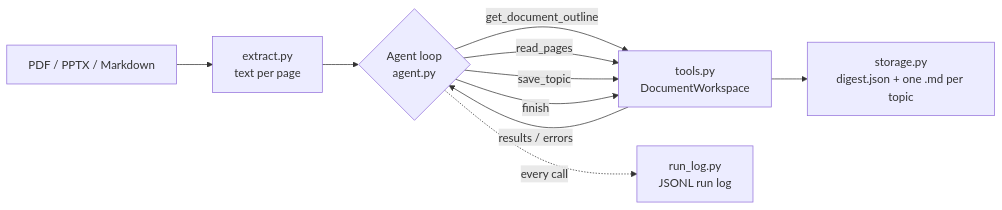
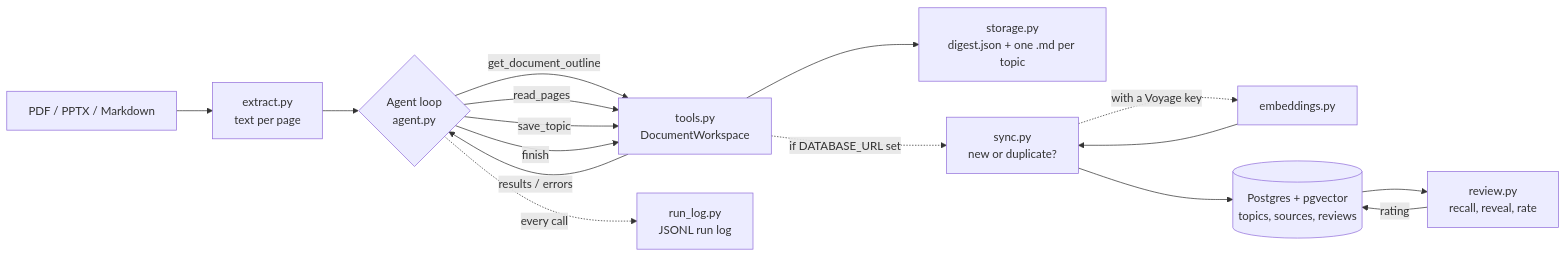
Before and after one commit to Coral-ctrl/retrieve-agent: the diagram in README.md, drawn with Mermaid. The commit also changed other lines of this file and 9 other files, not shown here.

Commit message:
Add Phase 3: terminal review with ratings; make embeddings optional

````diff
--- a/README.md
+++ b/README.md
@@ -20,12 +21,18 @@
 ```mermaid
 flowchart LR
     A[PDF / PPTX / Markdown] --> B[extract.py<br/>text per page]
     B --> C{Agent loop<br/>agent.py}
     C -- get_document_outline --> D[tools.py<br/>DocumentWorkspace]
     C -- read_pages --> D
     C -- save_topic --> D
     C -- finish --> D
     D -- results / errors --> C
     D --> E[storage.py<br/>digest.json + one .md per topic]
+    D -. if DATABASE_URL set .-> H[sync.py<br/>new or duplicate?]
+    H -. with a Voyage key .-> G[embeddings.py]
+    G --> H
+    H --> I[(Postgres + pgvector<br/>topics, sources, reviews)]
+    I --> J[review.py<br/>recall, reveal, rate]
+    J -- rating --> I
     C -. every call .-> F[run_log.py<br/>JSONL run log]
 ```
````
